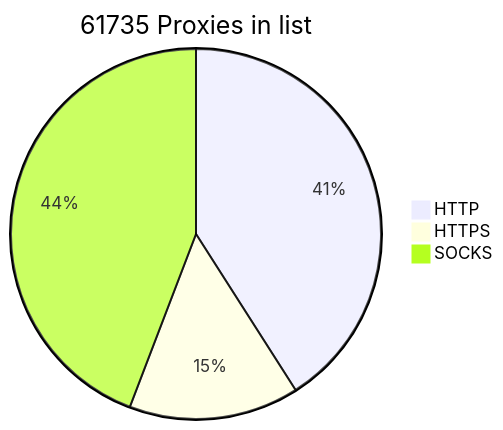
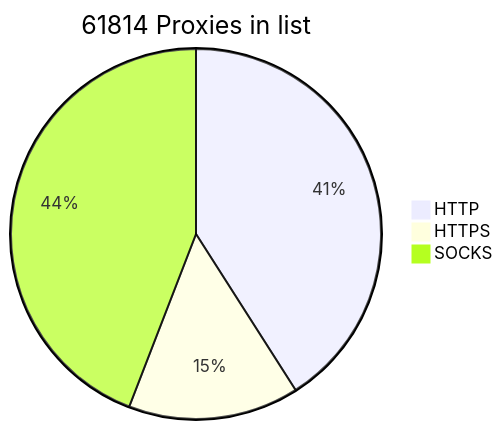
The diagram in README.md (BlackSnowDot/proxylist-update-every-minute), drawn with Mermaid before and after one commit.

````diff
--- a/README.md
+++ b/README.md
@@ -2,6 +2,6 @@
 ```mermaid
-pie title 61735 Proxies in list
-    "HTTP" : 28679
-    "HTTPS": 10406
+pie title 61814 Proxies in list
+    "HTTP" : 28719
+    "HTTPS": 10459
     "SOCKS" : 30939
 ```
````
